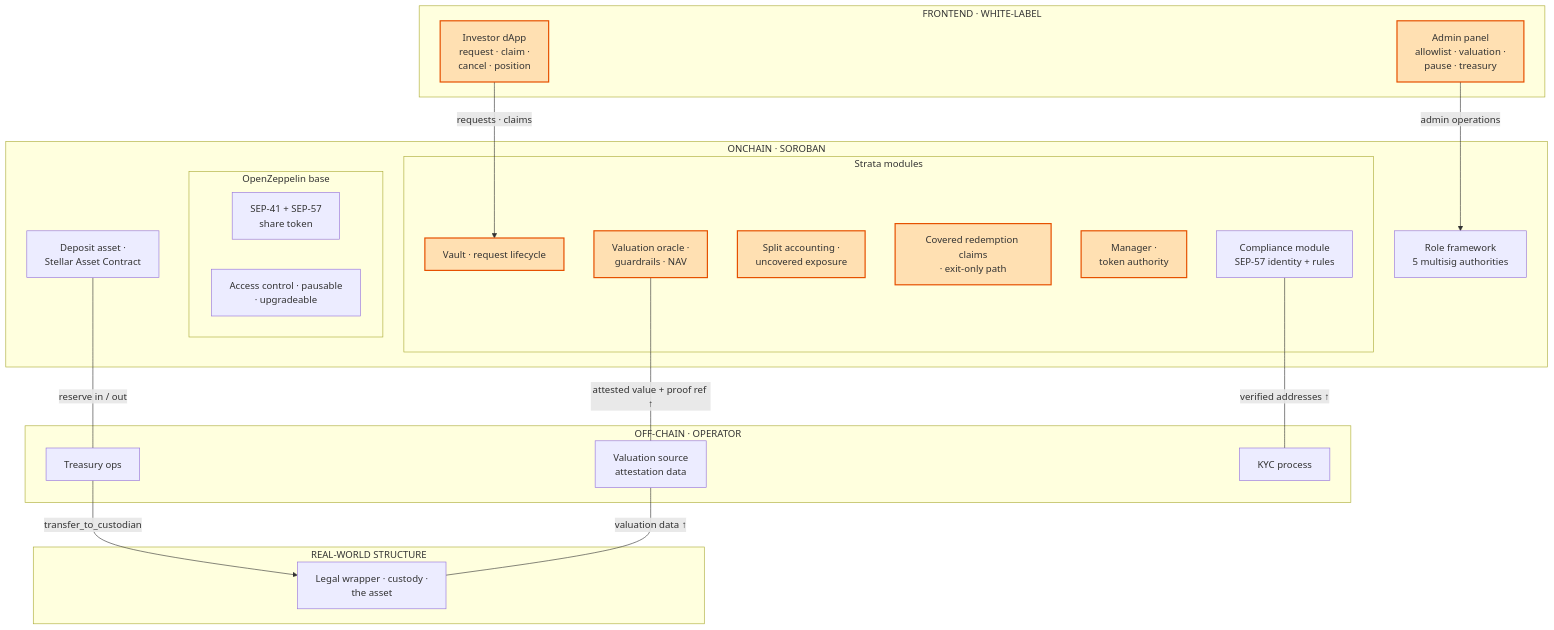
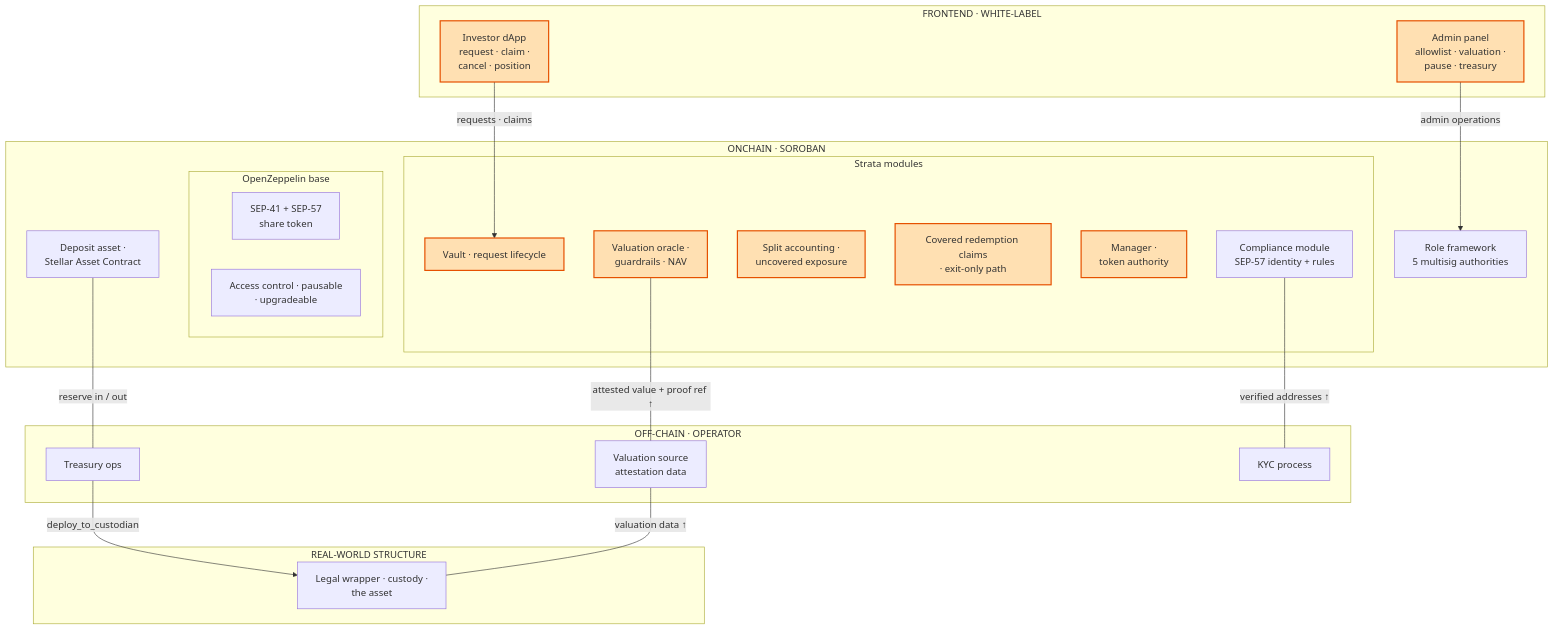
Before and after one commit to BootNodeDev/strata-vault-kit: the first of 4 diagrams in docs/strata-product-and-architecture.md, drawn with Mermaid. The commit also changed other lines of this file and 1 other file, not shown here.

````diff
--- a/docs/strata-product-and-architecture.md
+++ b/docs/strata-product-and-architecture.md
@@ -173,44 +175,44 @@
 ```mermaid
 flowchart TB
     subgraph FE["FRONTEND · WHITE-LABEL"]
         LP["Investor dApp<br/>request · claim ·<br/>cancel · position"]:::strata
         ADM["Admin panel<br/>allowlist · valuation ·<br/>pause · treasury"]:::strata
     end
 
     subgraph ON["ONCHAIN · SOROBAN"]
         subgraph OZ["OpenZeppelin base"]
             ST["SEP-41 + SEP-57<br/>share token"]
             AC["Access control · pausable<br/>· upgradeable"]
         end
         SAC["Deposit asset ·<br/>Stellar Asset Contract"]
         subgraph SM["Strata modules"]
             V["Vault · request lifecycle"]:::strata
             OR["Valuation oracle ·<br/>guardrails · NAV"]:::strata
             SA["Split accounting ·<br/>uncovered exposure"]:::strata
             RQ["Covered redemption claims<br/>· exit-only path"]:::strata
             MGR["Manager ·<br/>token authority"]:::strata
             IVC["Compliance module<br/>SEP-57 identity + rules"]
         end
         AUTH["Role framework<br/>5 multisig authorities"]
     end
 
     subgraph OFF["OFF-CHAIN · OPERATOR"]
         TR["Treasury ops"]
         VS["Valuation source<br/>attestation data"]
         KYC["KYC process"]
     end
 
     subgraph RW["REAL-WORLD STRUCTURE"]
         CU["Legal wrapper · custody ·<br/>the asset"]
     end
 
     LP -->|"requests · claims"| V
     ADM -->|"admin operations"| AUTH
     OR ---|"attested value + proof ref ↑"| VS
     IVC ---|"verified addresses ↑"| KYC
     SAC ---|"reserve in / out"| TR
-    TR -->|"transfer_to_custodian"| CU
+    TR -->|"deploy_to_custodian"| CU
     VS ---|"valuation data ↑"| CU
 
     classDef strata fill:#FFE0B2,stroke:#E65100,stroke-width:2px
 ```
````
